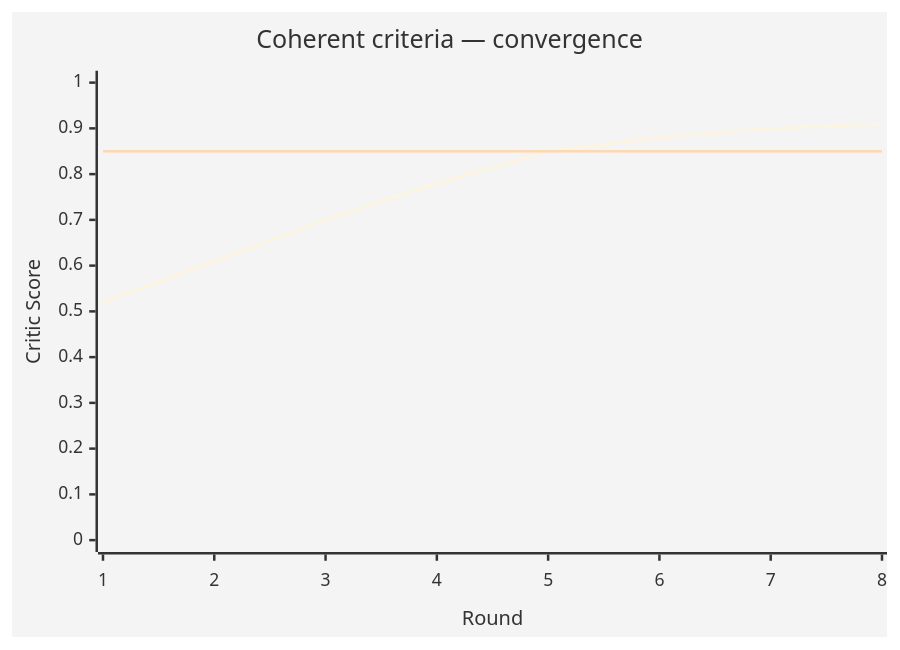
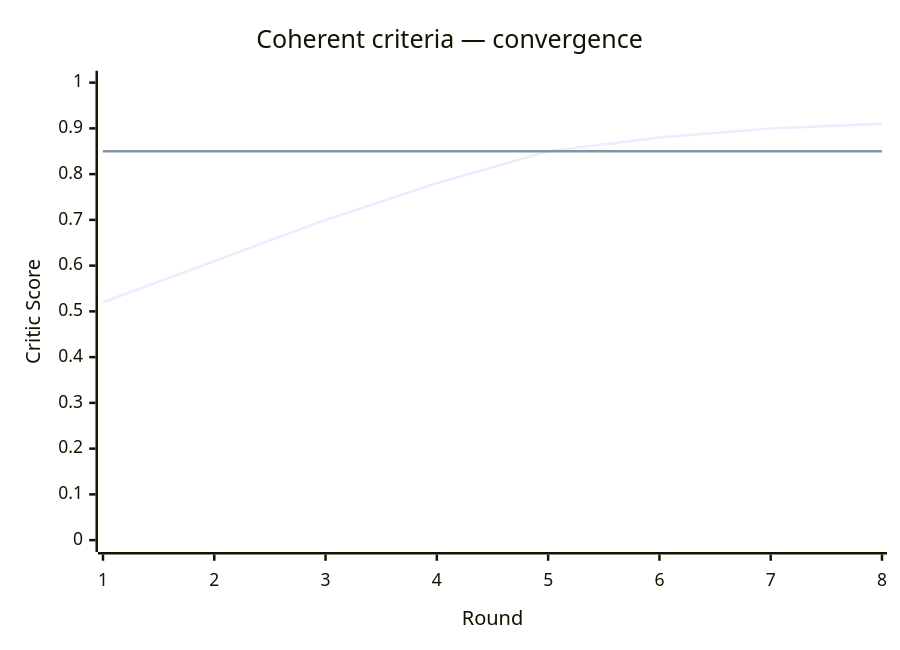
The fifth of 12 diagrams in assets/diagrams/all_diagrams.md (raghuneu/Five-Patterns), drawn with Mermaid before and after one commit. The commit also changed other lines of this file and 6 other files, not shown here.

````diff
--- a/assets/diagrams/all_diagrams.md
+++ b/assets/diagrams/all_diagrams.md
@@ -183,15 +183,15 @@
 ```mermaid
 ---
 config:
-  theme: base
-  themeVariables:
-    primaryColor: "#3730A3"
-    lineColor: "#475569"
+theme: base
+themeVariables:
+    xyChart:
+    plotColorPalette: "#2563EB, #DC2626"
 ---
 xychart-beta
     title "Coherent criteria — convergence"
     x-axis "Round" [1, 2, 3, 4, 5, 6, 7, 8]
     y-axis "Critic Score" 0.0 --> 1.0
     line "Score" [0.52, 0.61, 0.70, 0.78, 0.85, 0.88, 0.90, 0.91]
     line "Threshold (0.85)" [0.85, 0.85, 0.85, 0.85, 0.85, 0.85, 0.85, 0.85]
 ```
````
